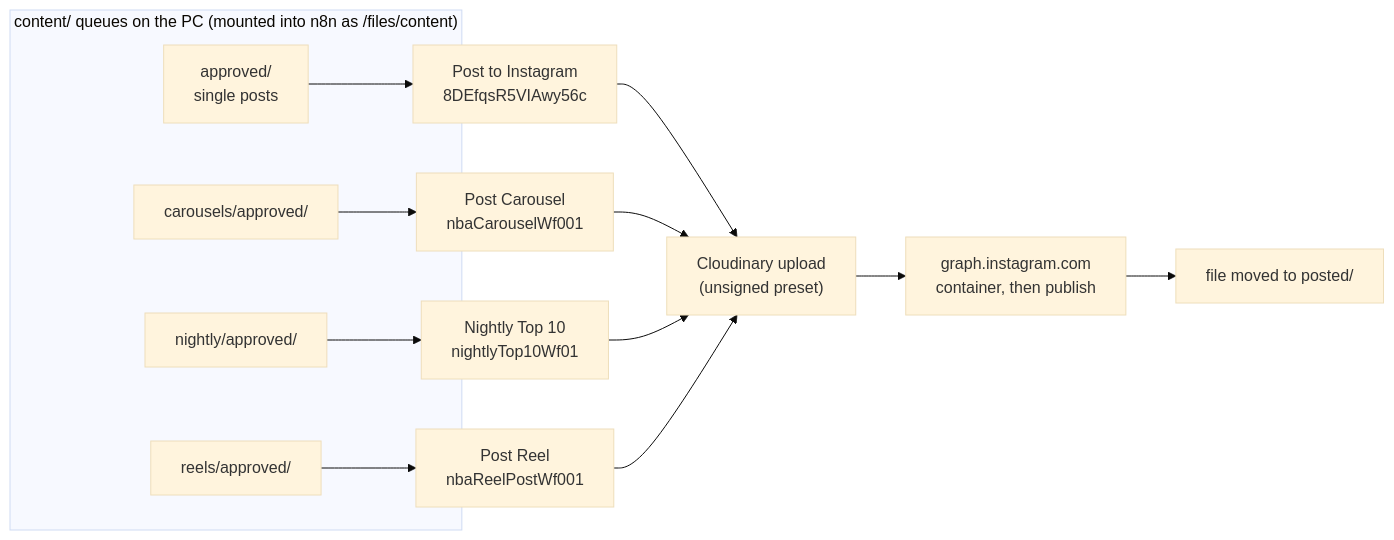
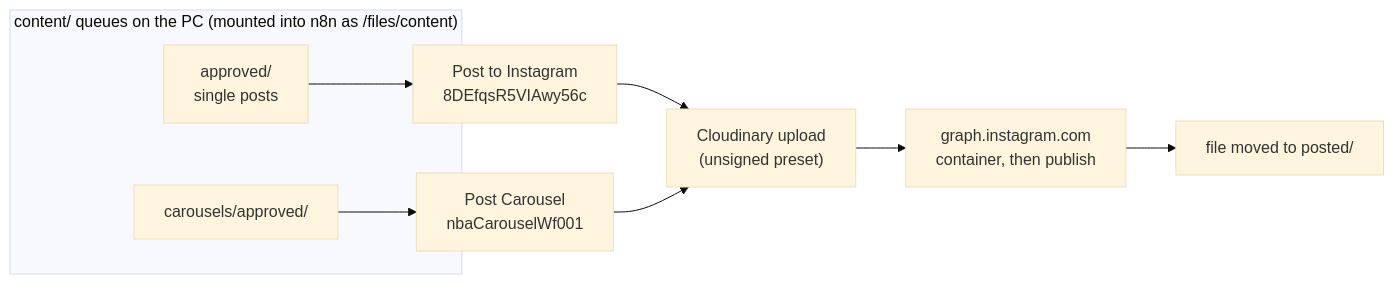
The fifth of 6 diagrams in docs/ARCHITECTURE.md (branislavzoric/nbafantasy), drawn with Mermaid (base theme) before and after one commit. The commit also changed other lines of this file and 82 other files, not shown here.

````diff
--- a/docs/ARCHITECTURE.md
+++ b/docs/ARCHITECTURE.md
@@ -157,19 +154,13 @@
 ```mermaid
 flowchart LR
   subgraph Q["content/ queues on the PC (mounted into n8n as /files/content)"]
     A1["approved/<br/>single posts"]
     A2["carousels/approved/"]
-    A3["nightly/approved/"]
-    A4["reels/approved/"]
   end
   A1 --> W1["Post to Instagram<br/>8DEfqsR5VIAwy56c"]
   A2 --> W2["Post Carousel<br/>nbaCarouselWf001"]
-  A3 --> W3["Nightly Top 10<br/>nightlyTop10Wf01"]
-  A4 --> W4["Post Reel<br/>nbaReelPostWf001"]
   W1 --> CL["Cloudinary upload<br/>(unsigned preset)"]
   W2 --> CL
-  W3 --> CL
-  W4 --> CL
   CL --> IG["graph.instagram.com<br/>container, then publish"]
   IG --> P["file moved to posted/"]
 ```
````
